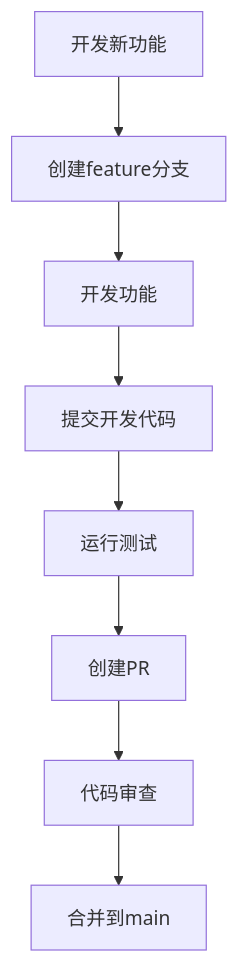
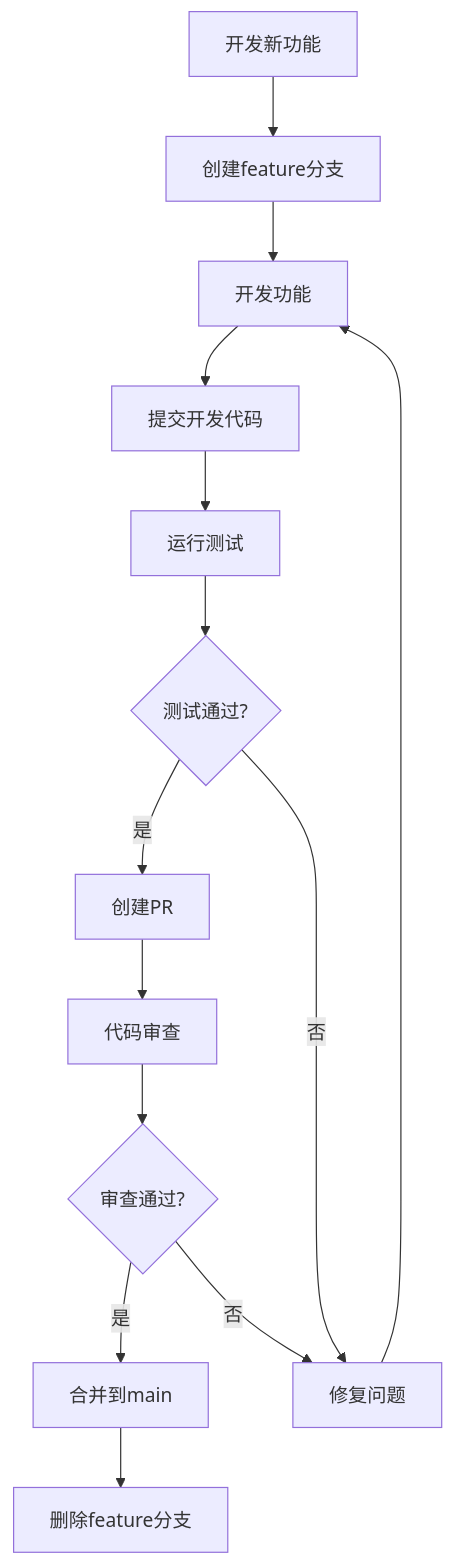
Before and after one commit to haorenlei457/claudecode-book: the first of 3 diagrams in 10-git-integration.md, drawn with Mermaid. The commit also changed other lines of this file and 1 other file, not shown here.

````diff
--- a/10-git-integration.md
+++ b/10-git-integration.md
@@ -62,10 +69,16 @@
 ```mermaid
 graph TD
     A[开发新功能] --> B[创建feature分支]
     B --> C[开发功能]
     C --> D[提交开发代码]
     D --> E[运行测试]
-    E --> F[创建PR]
-    F --> G[代码审查]
-    G --> H[合并到main]
+    E --> F{测试通过?}
+    F -->|是| G[创建PR]
+    F -->|否| H[修复问题]
+    H --> C
+    G --> I[代码审查]
+    I --> J{审查通过?}
+    J -->|是| K[合并到main]
+    J -->|否| H
+    K --> L[删除feature分支]
 ```
````
